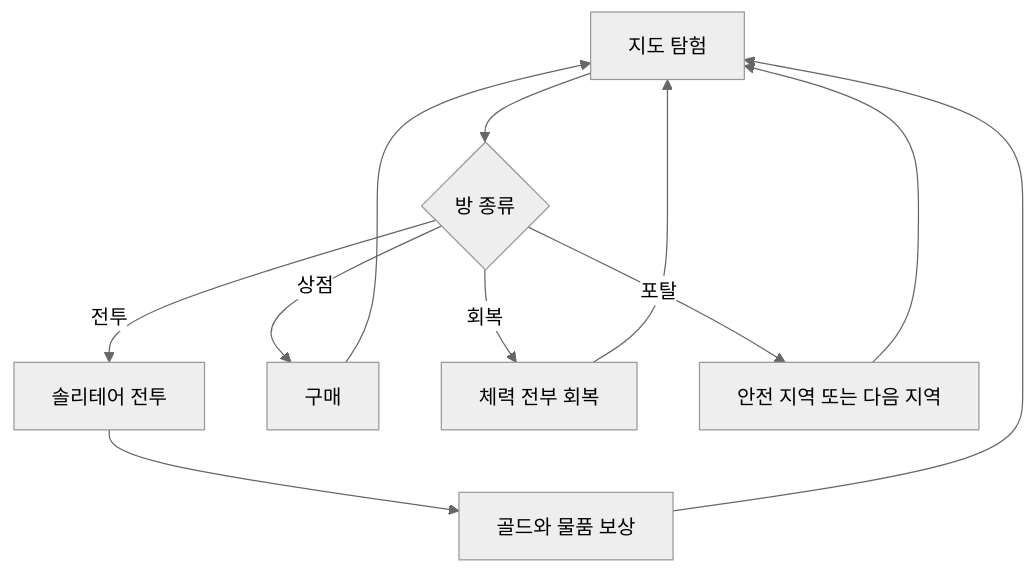
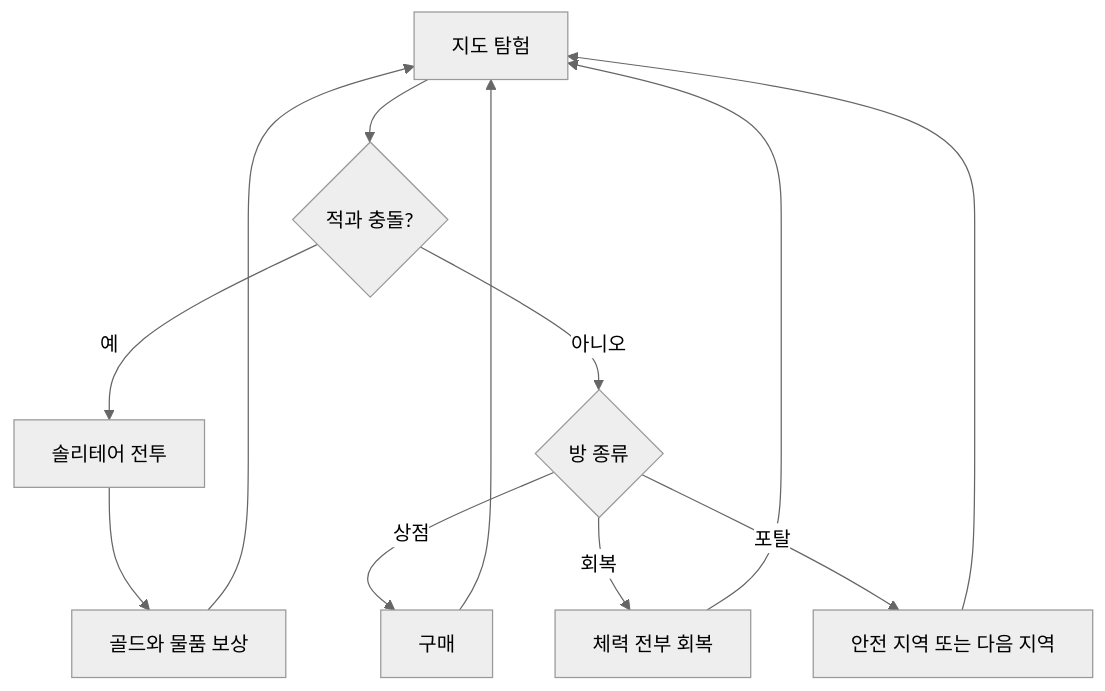
One commit to dhwangdo/ruinfall changed the diagram in docs/GAME_DESIGN.md. Above: the diagram before and after it, drawn with Mermaid (neutral theme). The commit also changed other lines of this file and 10 other files, not shown here.

````diff
--- a/docs/GAME_DESIGN.md
+++ b/docs/GAME_DESIGN.md
@@ -7,13 +7,14 @@
 ```mermaid
 flowchart TD
-  Map["지도 탐험"] --> Room{"방 종류"}
-  Room -->|전투| Battle["솔리테어 전투"]
+  Map["지도 탐험"] --> Collision{"적과 충돌?"}
+  Collision -->|예| Battle["솔리테어 전투"]
+  Collision -->|아니오| Room{"방 종류"}
   Room -->|상점| Shop["구매"]
   Room -->|회복| Heal["체력 전부 회복"]
   Room -->|포탈| Safe["안전 지역 또는 다음 지역"]
   Battle --> Reward["골드와 물품 보상"]
   Reward --> Map
   Shop --> Map
   Heal --> Map
   Safe --> Map
 ```
````
